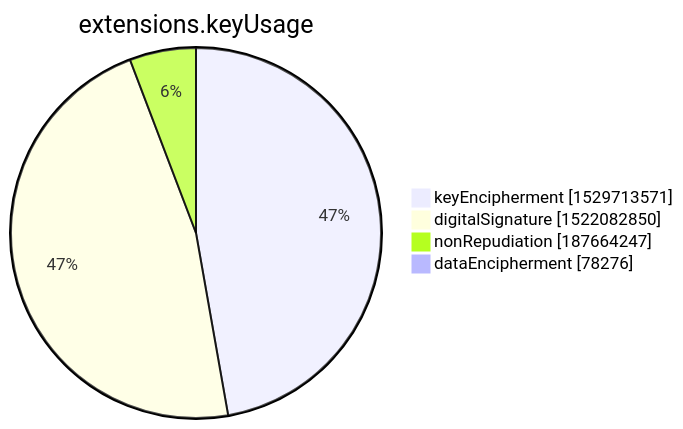
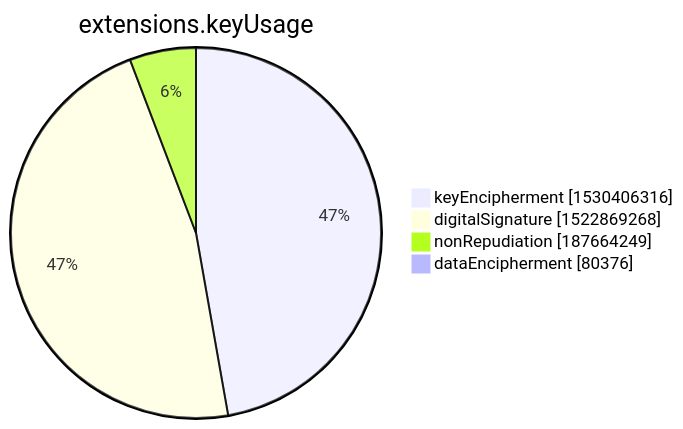
One commit to christiankrug/ctmonitor_visualization changed the seventh of 15 diagrams in xenon2022/README.md. Above: the diagram before and after it, drawn with Mermaid. The commit also changed other lines of this file, not shown here.

````diff
--- a/xenon2022/README.md
+++ b/xenon2022/README.md
@@ -2849,8 +2849,8 @@
 ```mermaid
 pie showData
 title extensions.keyUsage
-"keyEncipherment" :1529713571
-"digitalSignature" :1522082850
-"nonRepudiation" :187664247
-"dataEncipherment" :78276
+"keyEncipherment" :1530406316
+"digitalSignature" :1522869268
+"nonRepudiation" :187664249
+"dataEncipherment" :80376
 ```
````
